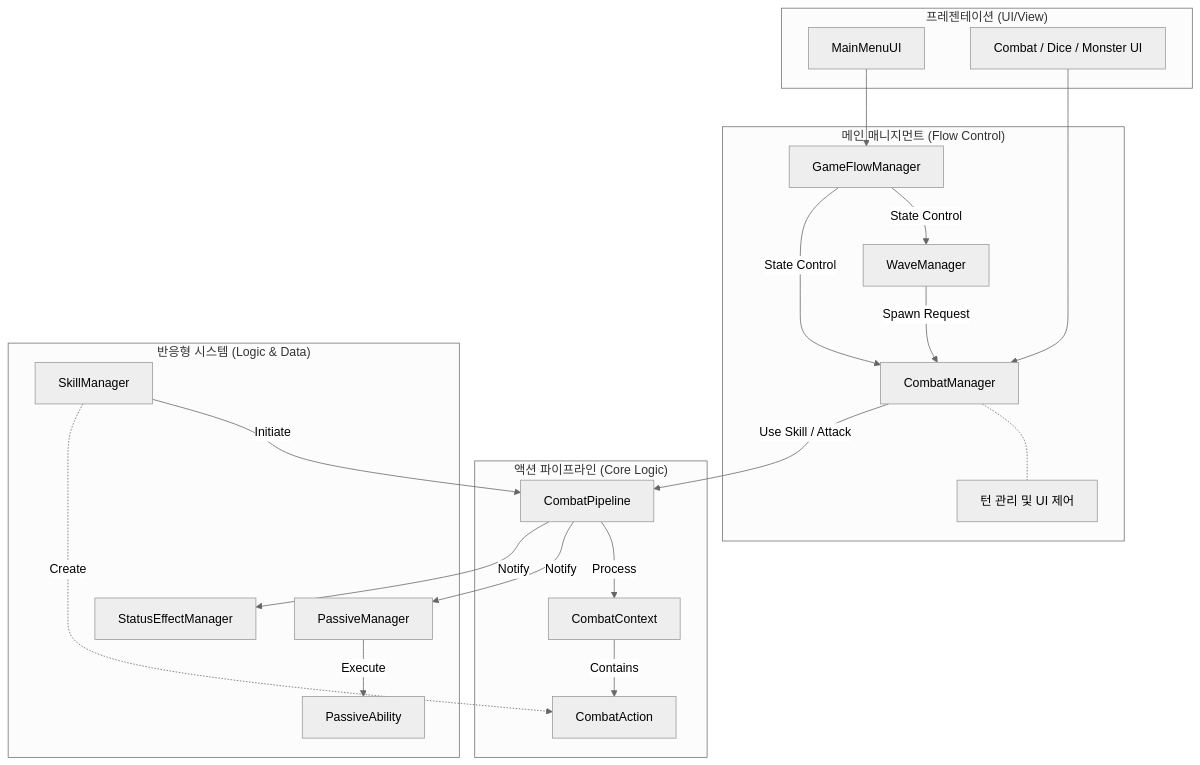
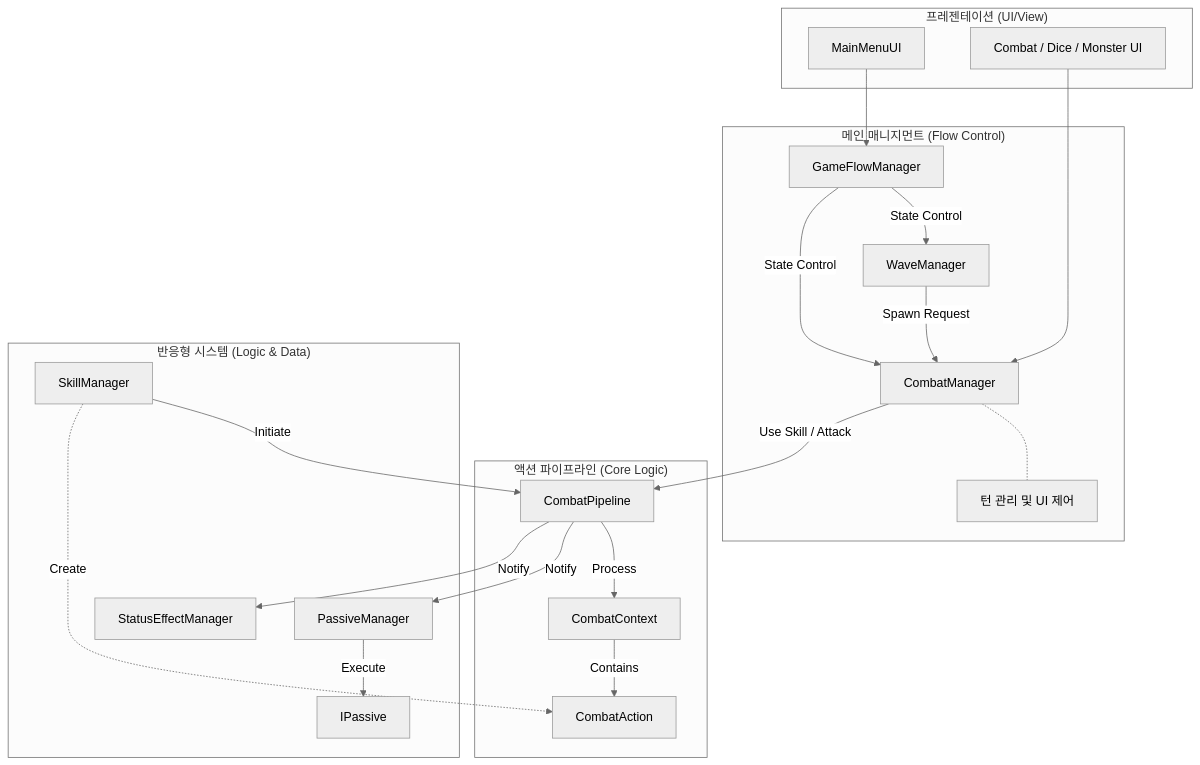
The diagram in Docs/project_structure.md (dfdfg42/Dice-Orbit), drawn with Mermaid (neutral theme) before and after one commit. The commit also changed 88 other files, not shown here.

First line of the commit message:
Refactor skill/passive system to ScriptableObject-based architecture

````diff
--- a/Docs/project_structure.md
+++ b/Docs/project_structure.md
@@ -40,58 +40,58 @@
 ```mermaid
 graph TD
     %% --- Layer Definitions ---
    subgraph Presentation["프레젠테이션 (UI/View)"]
         MainMenuUI
         CombatUI[Combat / Dice / Monster UI]
     end
 
     subgraph Management ["메인 매니지먼트 (Flow Control)"]
         GFM[GameFlowManager]
         WM[WaveManager]
         CM[CombatManager]
         NoteCM[턴 관리 및 UI 제어]
     end
 
     subgraph Pipeline ["액션 파이프라인 (Core Logic)"]
         ActionPipe[CombatPipeline]
         Context[CombatContext]
         Action[CombatAction]
     end
 
     subgraph Reactors ["반응형 시스템 (Logic & Data)"]
         SysPassive[PassiveManager]
         SysStatus[StatusEffectManager]
         SysSkill[SkillManager]
-        DataPassive[PassiveAbility]
+        DataPassive[IPassive]
     end
 
     %% --- Connections ---
     
     %% Presentation -> Management
     MainMenuUI --> GFM
     CombatUI --> CM
     
     %% Management Internal
     GFM -->|State Control| WM
     GFM -->|State Control| CM
     WM -->|Spawn Request| CM
     CM -.- NoteCM
     
     %% Manager -> Pipeline
     CM -->|Use Skill / Attack| ActionPipe
     SysSkill -->|Initiate| ActionPipe
     
     %% Pipeline Process
     ActionPipe -->|Process| Context
     Context -->|Contains| Action
     
     %% Pipeline -> Reactors
     ActionPipe -->|Notify| SysPassive
     ActionPipe -->|Notify| SysStatus
     
     %% Reactors Internal
-    SysPassive -->|Execute| DataPassive
+    SysPassive -->|Execute| DataPassive[IPassive]
     
     %% Data Flow
     SysSkill -.->|Create| Action
 ```
````
